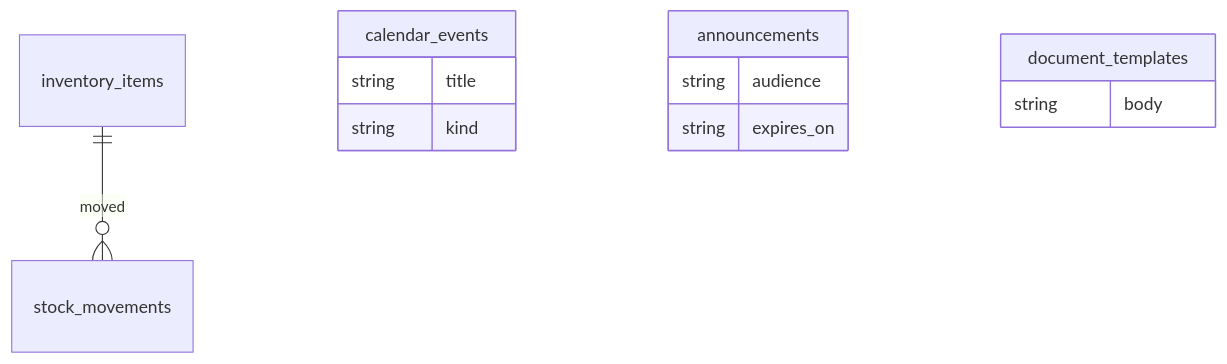
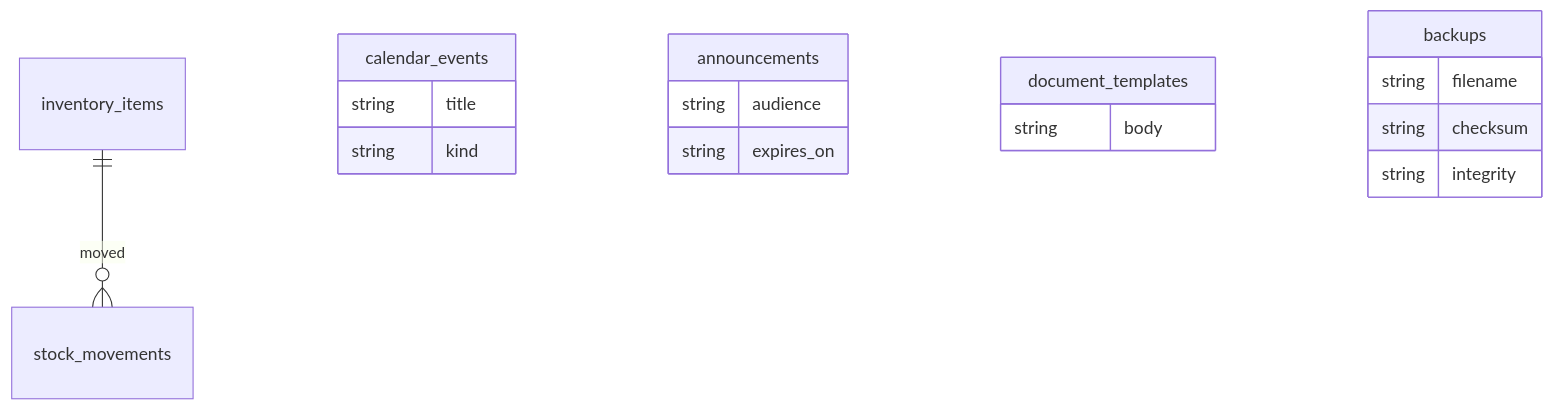
Before and after one commit to arrey-johnson/school-management-system: the diagram in docs/DATA_MODEL.md, drawn with Mermaid. The commit also changed other lines of this file and 23 other files, not shown here.

````diff
--- a/docs/DATA_MODEL.md
+++ b/docs/DATA_MODEL.md
@@ -5,15 +7,20 @@
 ```mermaid
 erDiagram
   inventory_items ||--o{ stock_movements : moved
   calendar_events {
     string title
     string kind
   }
   announcements {
     string audience
     string expires_on
   }
   document_templates {
     string body
   }
+  backups {
+    string filename
+    string checksum
+    string integrity
+  }
 ```
````
